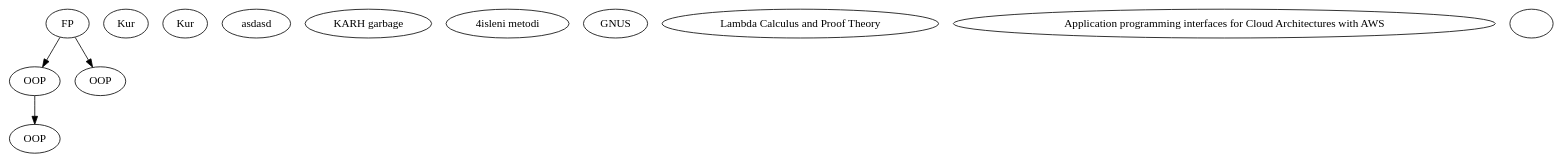
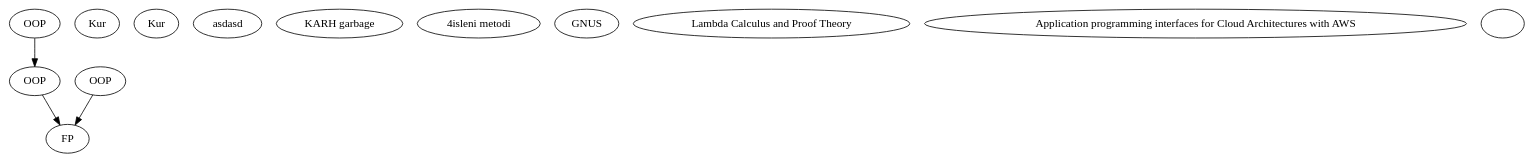
Before and after one commit to atanasormanow/uni-plan-editor: the diagram in server/graph/graph.dot, drawn with Graphviz. The commit also changed 1 other file, not shown here.

Commit message:
fix: reverse arrows in the dependency graph

```diff
--- a/server/graph/graph.dot
+++ b/server/graph/graph.dot
@@ -1,18 +1,18 @@
 digraph {
 11 [label="FP"]
 12 [label="OOP"]
 13 [label="OOP"]
 14 [label="OOP"]
 15 [label="Kur"]
 16 [label="Kur"]
 17 [label="asdasd"]
 18 [label="KARH garbage"]
 19 [label="4isleni metodi"]
 20 [label="GNUS"]
 21 [label="Lambda Calculus and Proof Theory"]
 22 [label="Application programming interfaces for Cloud Architectures with AWS"]
 23 [label=" "]
-11 -> 12
-11 -> 13
-12 -> 14
+12 -> 11
+13 -> 11
+14 -> 12
 }
```
